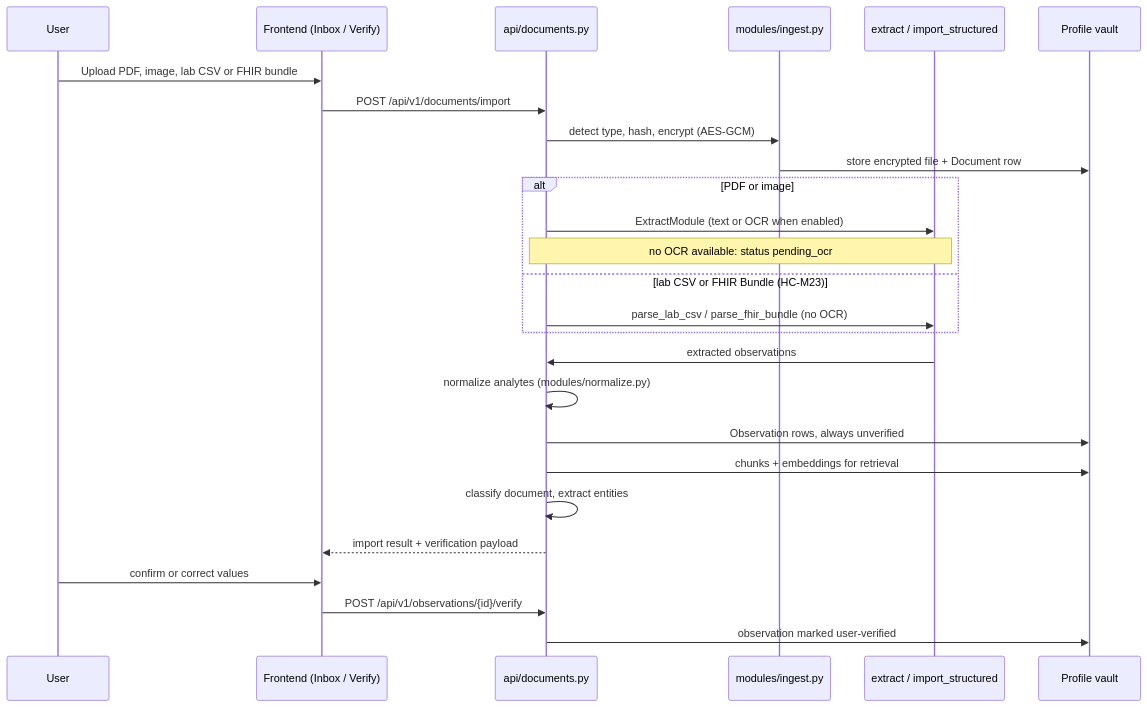
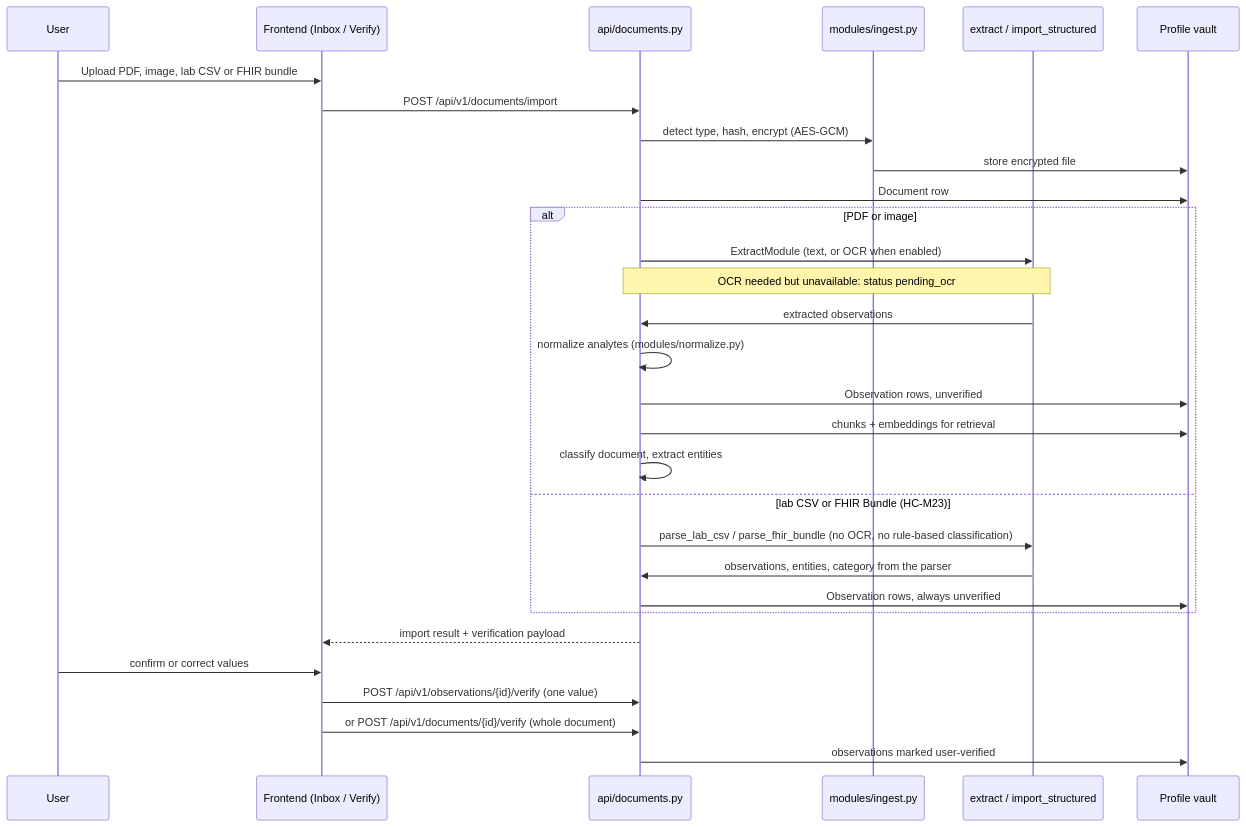
The third of 4 diagrams in README.md (BrooklynD23/HealthCentral), drawn with Mermaid before and after one commit. The commit also changed other lines of this file and 3 other files, not shown here.

````diff
--- a/README.md
+++ b/README.md
@@ -99,29 +101,33 @@
 ```mermaid
 sequenceDiagram
     participant User
     participant UI as Frontend (Inbox / Verify)
     participant API as api/documents.py
     participant Ingest as modules/ingest.py
     participant Extract as extract / import_structured
     participant Vault as Profile vault
 
     User->>UI: Upload PDF, image, lab CSV or FHIR bundle
     UI->>API: POST /api/v1/documents/import
     API->>Ingest: detect type, hash, encrypt (AES-GCM)
-    Ingest->>Vault: store encrypted file + Document row
+    Ingest->>Vault: store encrypted file
+    API->>Vault: Document row
     alt PDF or image
-        API->>Extract: ExtractModule (text or OCR when enabled)
-        Note over API,Extract: no OCR available: status pending_ocr
+        API->>Extract: ExtractModule (text, or OCR when enabled)
+        Note over API,Extract: OCR needed but unavailable: status pending_ocr
+        Extract->>API: extracted observations
+        API->>API: normalize analytes (modules/normalize.py)
+        API->>Vault: Observation rows, unverified
+        API->>Vault: chunks + embeddings for retrieval
+        API->>API: classify document, extract entities
     else lab CSV or FHIR Bundle (HC-M23)
-        API->>Extract: parse_lab_csv / parse_fhir_bundle (no OCR)
+        API->>Extract: parse_lab_csv / parse_fhir_bundle (no OCR, no rule-based classification)
+        Extract->>API: observations, entities, category from the parser
+        API->>Vault: Observation rows, always unverified
     end
-    Extract->>API: extracted observations
-    API->>API: normalize analytes (modules/normalize.py)
-    API->>Vault: Observation rows, always unverified
-    API->>Vault: chunks + embeddings for retrieval
-    API->>API: classify document, extract entities
     API-->>UI: import result + verification payload
     User->>UI: confirm or correct values
-    UI->>API: POST /api/v1/observations/{id}/verify
-    API->>Vault: observation marked user-verified
+    UI->>API: POST /api/v1/observations/{id}/verify (one value)
+    UI->>API: or POST /api/v1/documents/{id}/verify (whole document)
+    API->>Vault: observations marked user-verified
 ```
````
